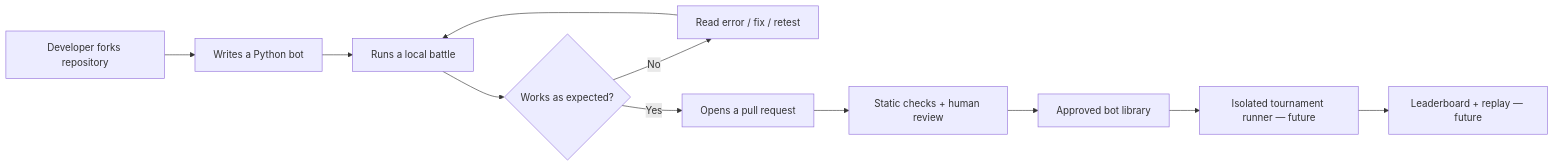
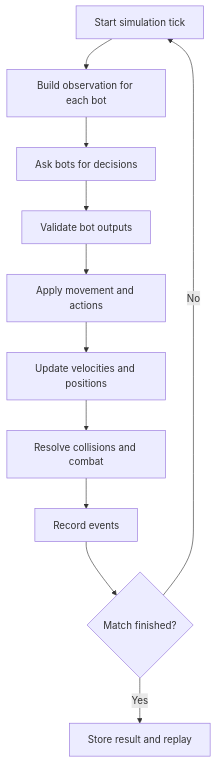
The diagram in README.md (SonicTheLightning/fork-royale), drawn with Mermaid before and after one commit. The commit also changed other lines of this file, not shown here.

````diff
--- a/README.md
+++ b/README.md
@@ -69,13 +99,13 @@
 ```mermaid
-flowchart LR
-    A["Developer forks repository"] --> B["Writes a Python bot"]
-    B --> C["Runs a local battle"]
-    C --> D{"Works as expected?"}
-    D -->|No| E["Read error / fix / retest"]
-    E --> C
-    D -->|Yes| F["Opens a pull request"]
-    F --> G["Static checks + human review"]
-    G --> H["Approved bot library"]
-    H --> I["Isolated tournament runner — future"]
-    I --> J["Leaderboard + replay — future"]
+flowchart TD
+    A[Start simulation tick] --> B[Build observation for each bot]
+    B --> C[Ask bots for decisions]
+    C --> D[Validate bot outputs]
+    D --> E[Apply movement and actions]
+    E --> F[Update velocities and positions]
+    F --> G[Resolve collisions and combat]
+    G --> H[Record events]
+    H --> I{Match finished?}
+    I -->|No| A
+    I -->|Yes| J[Store result and replay]
 ```
````
